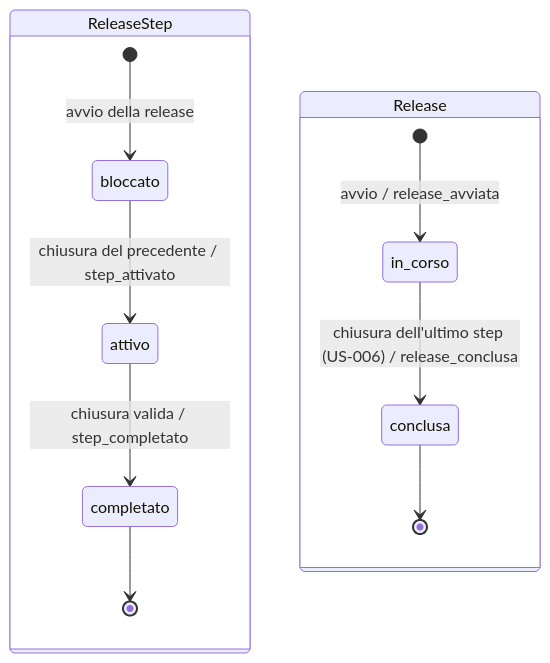
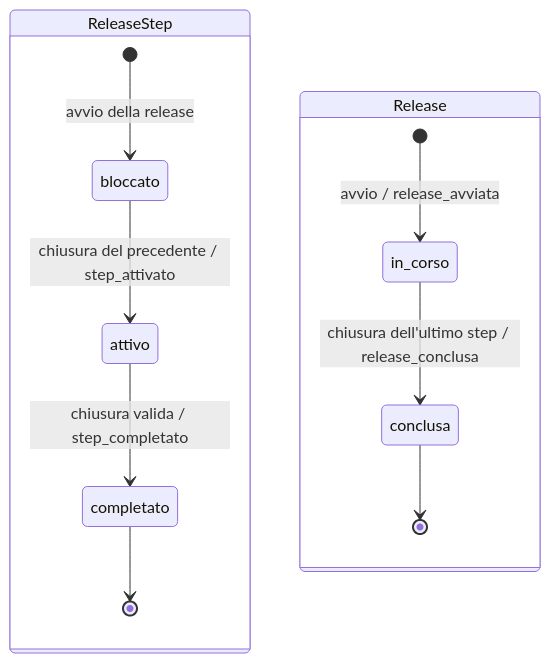
One commit to giarfa/exin-deploy changed the second of 2 diagrams in README.md. Above: the diagram before and after it, drawn with Mermaid. The commit also changed other lines of this file and 3 other files, not shown here.

````diff
--- a/README.md
+++ b/README.md
@@ -185,15 +185,15 @@
 ```mermaid
 stateDiagram-v2
     state ReleaseStep {
         [*] --> bloccato : avvio della release
         bloccato --> attivo : chiusura del precedente / step_attivato
         attivo --> completato : chiusura valida / step_completato
         completato --> [*]
     }
 
     state Release {
         [*] --> in_corso : avvio / release_avviata
-        in_corso --> conclusa : chiusura dell'ultimo step (US-006) / release_conclusa
+        in_corso --> conclusa : chiusura dell'ultimo step / release_conclusa
         conclusa --> [*]
     }
 ```
````
